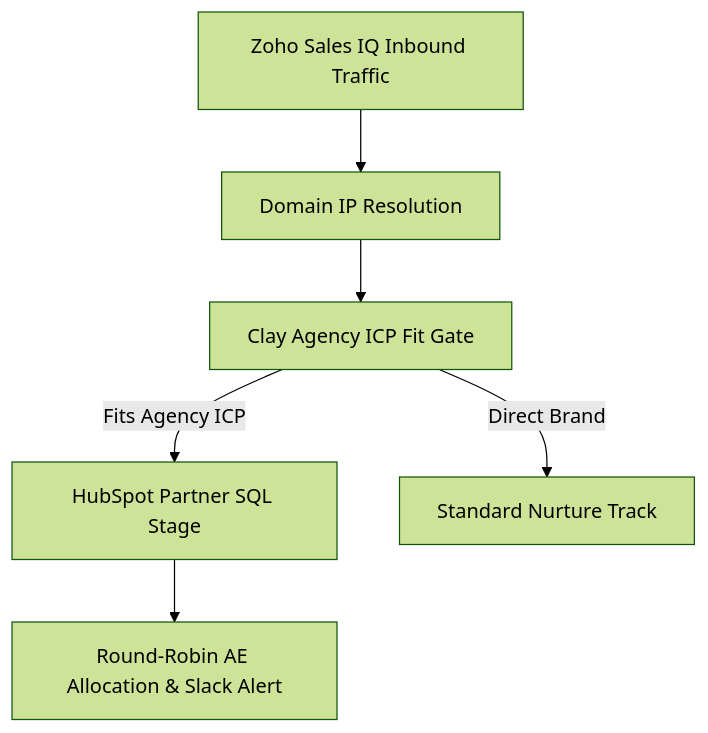
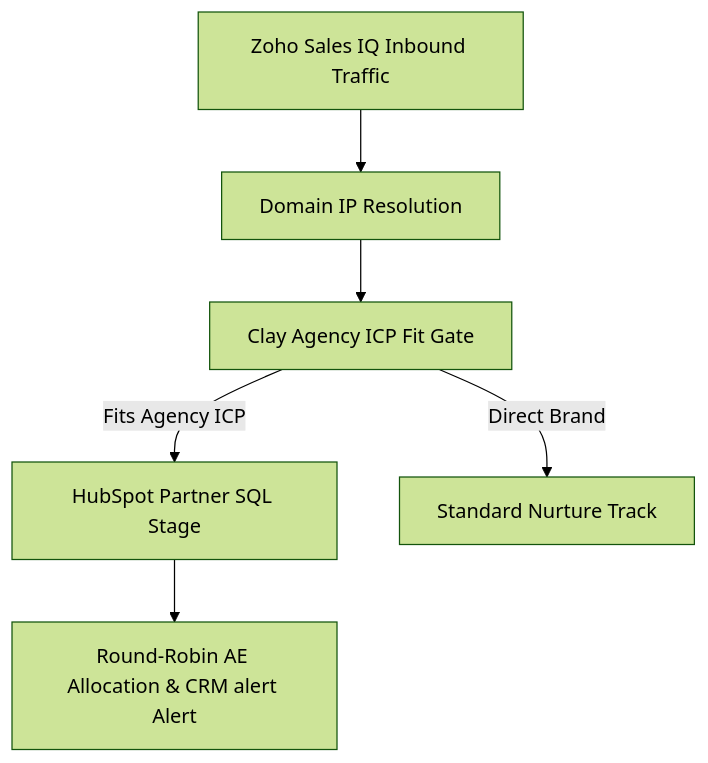
One commit to digital-experts-team/AI-Growth-Portfolio changed the diagram in src/content/caseStudies/mavlers-partner-agency-signals.md. Above: the diagram before and after it, drawn with Mermaid (forest theme). The commit also changed 15 other files, not shown here.

````diff
--- a/src/content/caseStudies/mavlers-partner-agency-signals.md
+++ b/src/content/caseStudies/mavlers-partner-agency-signals.md
@@ -36,8 +36,8 @@
 ```mermaid
 graph TD
     A[Zoho Sales IQ Inbound Traffic] --> B[Domain IP Resolution]
     B --> C[Clay Agency ICP Fit Gate]
     C -->|Fits Agency ICP| D[HubSpot Partner SQL Stage]
     C -->|Direct Brand| E[Standard Nurture Track]
-    D --> F[Round-Robin AE Allocation & Slack Alert]
+    D --> F[Round-Robin AE Allocation & CRM alert Alert]
 ```
````
